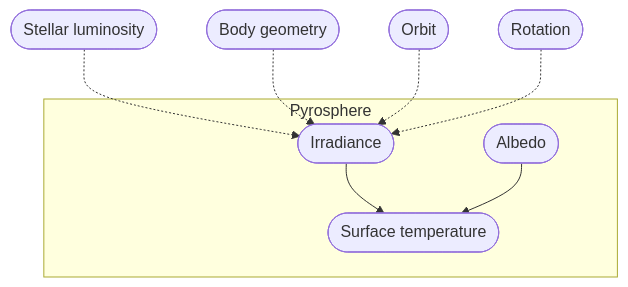
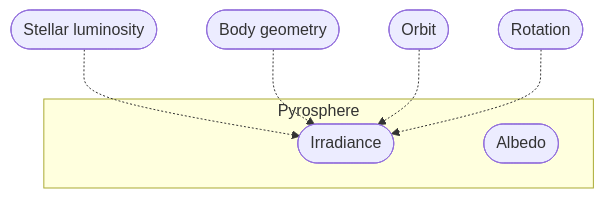
The second of 8 diagrams in docs/concerns.adoc (lagardej/mimameithr), drawn with Mermaid before and after one commit. The commit also changed other lines of this file, not shown here.

```diff
--- a/docs/concerns.adoc
+++ b/docs/concerns.adoc
@@ -107,21 +114,18 @@
 [mermaid]
 ....
 flowchart TB
     subgraph Pyrosphere
         Irradiance([Irradiance])
         Albedo([Albedo])
-        SurfaceTemperature([Surface temperature])
     end
 
     StellarLuminosity([Stellar luminosity])
     BodyGeometry([Body geometry])
     Orbit([Orbit])
     Rotation([Rotation])
 
     StellarLuminosity -.-> Irradiance
     BodyGeometry -.-> Irradiance
     Orbit -.-> Irradiance
     Rotation -.-> Irradiance
-    Irradiance --> SurfaceTemperature
-    Albedo --> SurfaceTemperature
 ....
```
